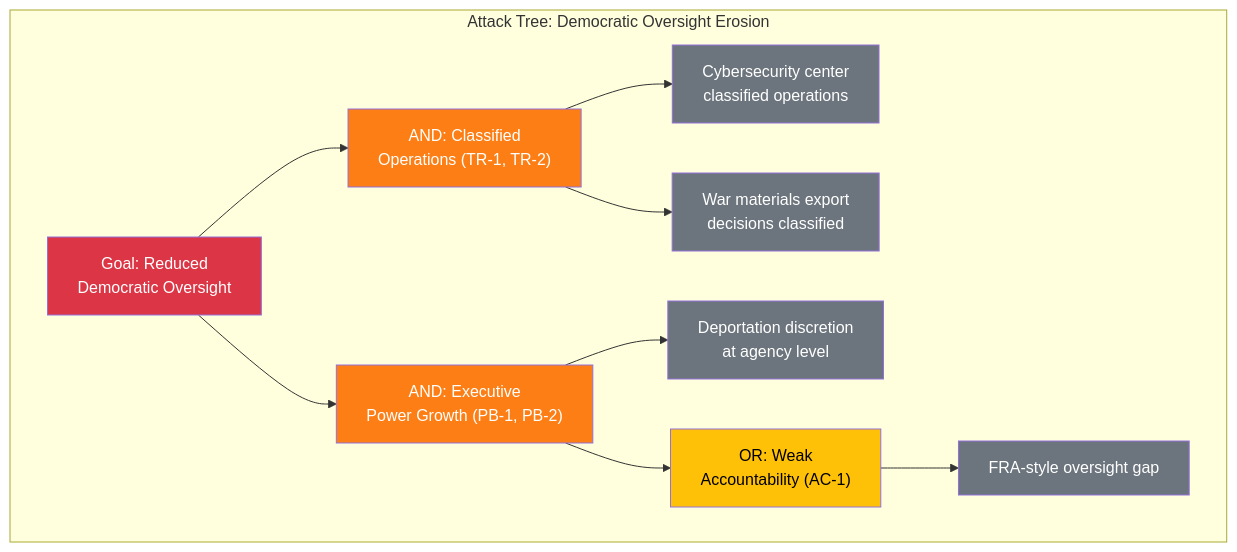
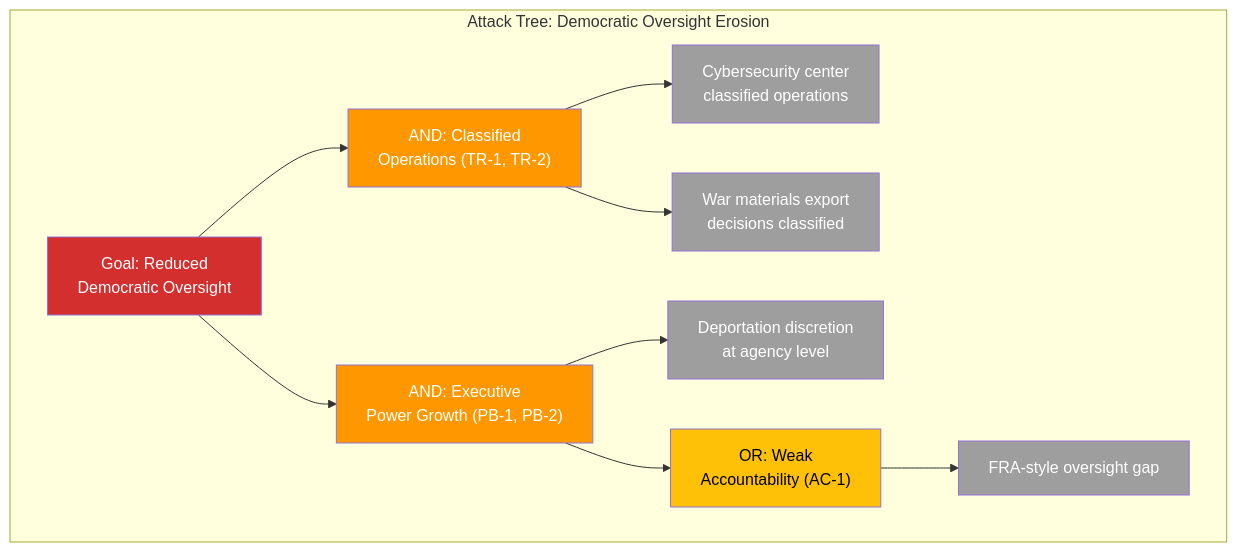
One commit to Hack23/riksdagsmonitor changed the second of 2 diagrams in analysis/daily/2026-04-03/propositions/threat-analysis.md. Above: the diagram before and after it, drawn with Mermaid. The commit also changed other lines of this file and 785 other files, not shown here.

First line of the commit message:
Normalize mermaid colors across 786 analysis artifacts to ISMS Style Guide palette

````diff
--- a/analysis/daily/2026-04-03/propositions/threat-analysis.md
+++ b/analysis/daily/2026-04-03/propositions/threat-analysis.md
@@ -89,28 +89,28 @@
 ```mermaid
 graph TD
     subgraph "Attack Tree: Democratic Oversight Erosion"
         GOAL["Goal: Reduced<br/>Democratic Oversight"]
         PATH_A["AND: Classified<br/>Operations (TR-1, TR-2)"]
         PATH_B["AND: Executive<br/>Power Growth (PB-1, PB-2)"]
         PATH_C["OR: Weak<br/>Accountability (AC-1)"]
         LEAF_1["Cybersecurity center<br/>classified operations"]
         LEAF_2["War materials export<br/>decisions classified"]
         LEAF_3["Deportation discretion<br/>at agency level"]
         LEAF_4["FRA-style oversight gap"]
     end
     GOAL --> PATH_A
     GOAL --> PATH_B
     PATH_A --> LEAF_1
     PATH_A --> LEAF_2
     PATH_B --> LEAF_3
     PATH_B --> PATH_C
     PATH_C --> LEAF_4
-    style GOAL fill:#dc3545,color:#fff
-    style PATH_A fill:#fd7e14,color:#fff
-    style PATH_B fill:#fd7e14,color:#fff
-    style PATH_C fill:#ffc107,color:#000
-    style LEAF_1 fill:#6c757d,color:#fff
-    style LEAF_2 fill:#6c757d,color:#fff
-    style LEAF_3 fill:#6c757d,color:#fff
-    style LEAF_4 fill:#6c757d,color:#fff
+    style GOAL fill:#D32F2F,color:#FFFFFF
+    style PATH_A fill:#FF9800,color:#FFFFFF
+    style PATH_B fill:#FF9800,color:#FFFFFF
+    style PATH_C fill:#FFC107,color:#000000
+    style LEAF_1 fill:#9E9E9E,color:#FFFFFF
+    style LEAF_2 fill:#9E9E9E,color:#FFFFFF
+    style LEAF_3 fill:#9E9E9E,color:#FFFFFF
+    style LEAF_4 fill:#9E9E9E,color:#FFFFFF
 ```
````
